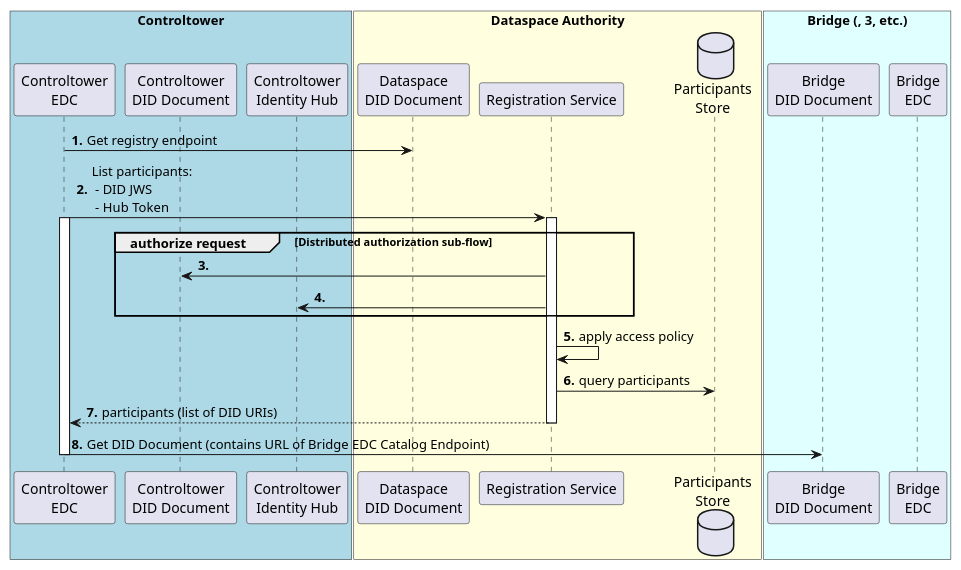
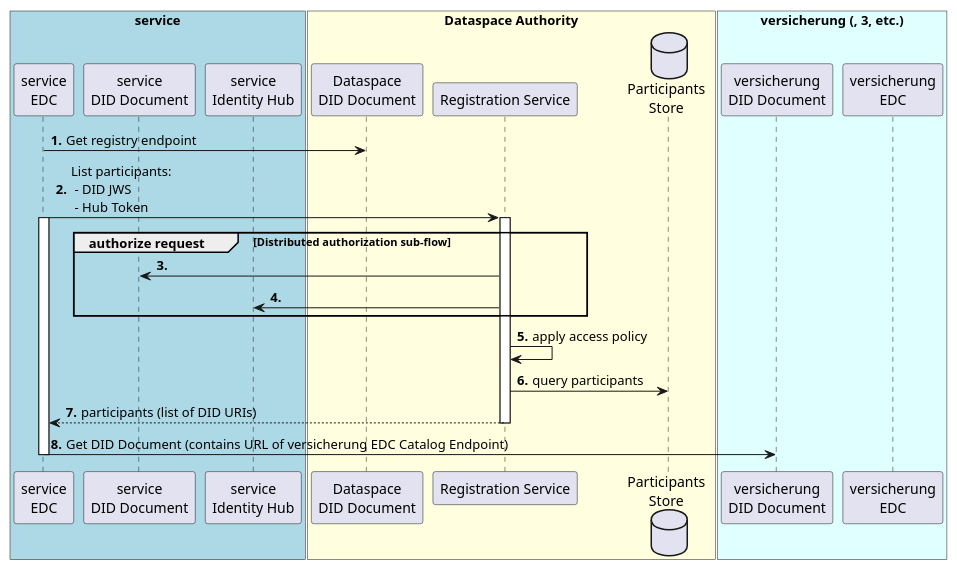
Before and after one commit to mathewsa12/MinimumViableDataspace: the diagram in docs/developer/decision-records/2022-06-15-registration-service/list-participants.puml, drawn with PlantUML. The commit also changed 91 other files, not shown here.

```diff
--- a/docs/developer/decision-records/2022-06-15-registration-service/list-participants.puml
+++ b/docs/developer/decision-records/2022-06-15-registration-service/list-participants.puml
@@ -1,31 +1,31 @@
 @startuml
 autonumber "<b>0'.'"
-box "Controltower" #LightBlue
-Participant "Controltower\nEDC" as Controltower
-Participant "Controltower\nDID Document" as DID1
-Participant "Controltower\nIdentity Hub" as IDHUB1
+box "service" #LightBlue
+Participant "service\nEDC" as service
+Participant "service\nDID Document" as DID1
+Participant "service\nIdentity Hub" as IDHUB1
 end box
 box "Dataspace Authority" #LightYellow
 Participant "Dataspace\nDID Document" as DID0
 Participant "Registration Service" as RAPI
 Database "Participants\nStore" as Registry
 end box
-box "Bridge (, 3, etc.)" #LightCyan
-Participant "Bridge\nDID Document" as DID2
-Participant "Bridge\nEDC" as Bridge
+box "versicherung (, 3, etc.)" #LightCyan
+Participant "versicherung\nDID Document" as DID2
+Participant "versicherung\nEDC" as versicherung
 end box
 
-Controltower -> DID0: Get registry endpoint
-Controltower -> RAPI ++: List participants:\n - DID JWS\n - Hub Token
-activate Controltower
+service -> DID0: Get registry endpoint
+service -> RAPI ++: List participants:\n - DID JWS\n - Hub Token
+activate service
 group authorize request [Distributed authorization sub-flow]
   RAPI -> DID1
   RAPI -> IDHUB1
 end
 RAPI -> RAPI: apply access policy
 RAPI -> Registry: query participants
 return participants (list of DID URIs)
-Controltower -> DID2: Get DID Document (contains URL of Bridge EDC Catalog Endpoint)
-deactivate Controltower
+service -> DID2: Get DID Document (contains URL of versicherung EDC Catalog Endpoint)
+deactivate service
 
 @enduml
```
